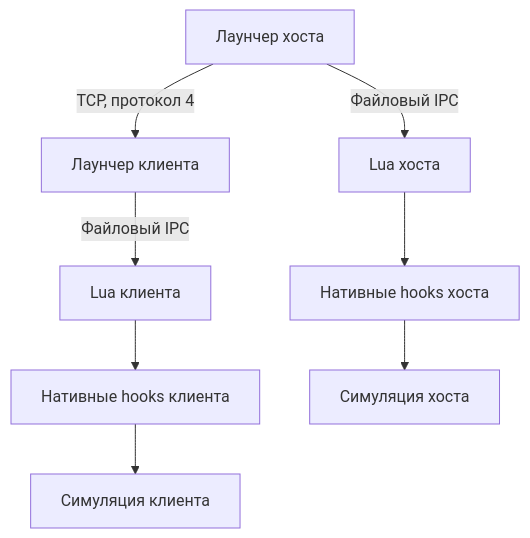
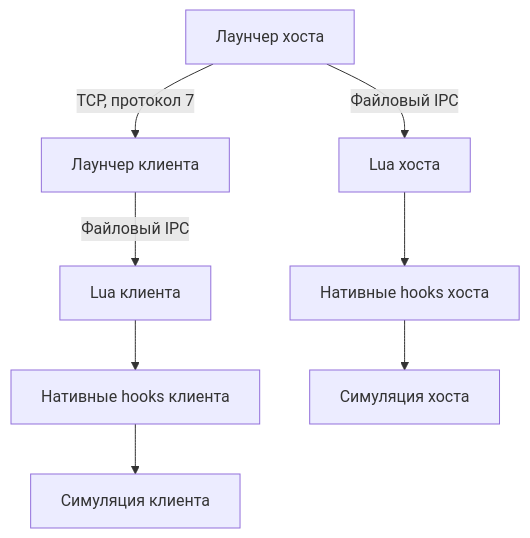
The diagram in ARCHITECTURE.md (WestDed/TransportFever3-Multiplayer), drawn with Mermaid before and after one commit. The commit also changed other lines of this file and 14 other files, not shown here.

````diff
--- a/ARCHITECTURE.md
+++ b/ARCHITECTURE.md
@@ -9,10 +11,10 @@
 ```mermaid
 flowchart TD
-  H["Лаунчер хоста"] -->|"TCP, протокол 4"| C["Лаунчер клиента"]
+  H["Лаунчер хоста"] -->|"TCP, протокол 7"| C["Лаунчер клиента"]
   H -->|"Файловый IPC"| HL["Lua хоста"]
   C -->|"Файловый IPC"| CL["Lua клиента"]
   HL --> HN["Нативные hooks хоста"]
   CL --> CN["Нативные hooks клиента"]
   HN --> HE["Симуляция хоста"]
   CN --> CE["Симуляция клиента"]
 ```
````
